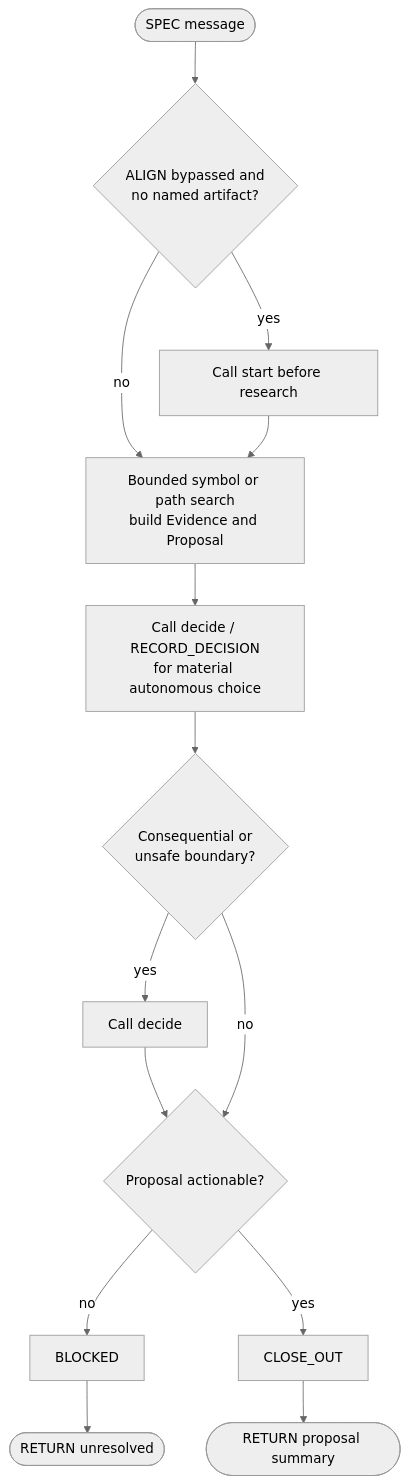
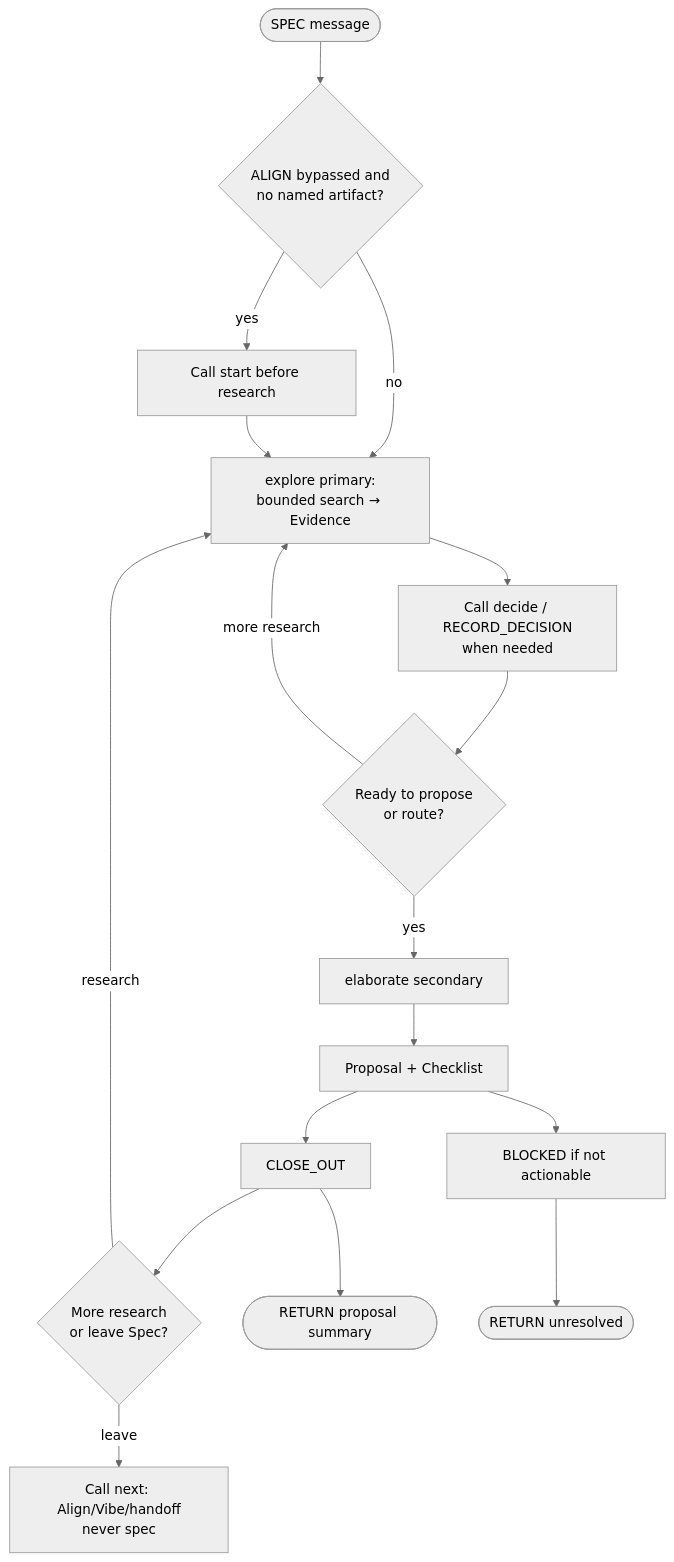
Before and after one commit to dhumdil-apps/pi-director: the fifth of 12 diagrams in docs/AGENT-WORKFLOW-DIAGRAMS.md, drawn with Mermaid (neutral theme). The commit also changed other lines of this file and 5 other files, not shown here.

Commit message:
refactor: restructure agent workflow into primary and secondary mode roles with updated runtime gating and documentation.

````diff
--- a/docs/AGENT-WORKFLOW-DIAGRAMS.md
+++ b/docs/AGENT-WORKFLOW-DIAGRAMS.md
@@ -121,16 +125,19 @@
 ```mermaid
 flowchart TD
     Enter([SPEC message]) --> Prep{ALIGN bypassed and<br/>no named artifact?}
     Prep -- yes --> Start[Call start before research]
     Prep -- no --> Research
-    Start --> Research[Bounded symbol or path search<br/>build Evidence and Proposal]
-    Research --> Decision[Call decide / RECORD_DECISION<br/>for material autonomous choice]
-    Decision --> Boundary{Consequential or<br/>unsafe boundary?}
-    Boundary -- yes --> Decide[Call decide]
-    Decide --> Actionable
-    Boundary -- no --> Actionable{Proposal actionable?}
-    Actionable -- no --> Blocked[BLOCKED]
-    Actionable -- yes --> Close[CLOSE_OUT]
+    Start --> Research[explore primary:<br/>bounded search → Evidence]
+    Research --> Decision[Call decide / RECORD_DECISION<br/>when needed]
+    Decision --> Gate{Ready to propose<br/>or route?}
+    Gate -- more research --> Research
+    Gate -- yes --> Elab[elaborate secondary]
+    Elab --> Draft[Proposal + Checklist]
+    Draft --> Close[CLOSE_OUT]
+    Close --> Route{More research<br/>or leave Spec?}
+    Route -- research --> Research
+    Route -- leave --> Next["Call next: Align/Vibe/handoff<br/>never spec"]
+    Close --> Done([RETURN proposal summary])
+    Draft --> Blocked[BLOCKED if not actionable]
     Blocked --> Stop([RETURN unresolved])
-    Close --> Done([RETURN proposal summary])
 ```
````
